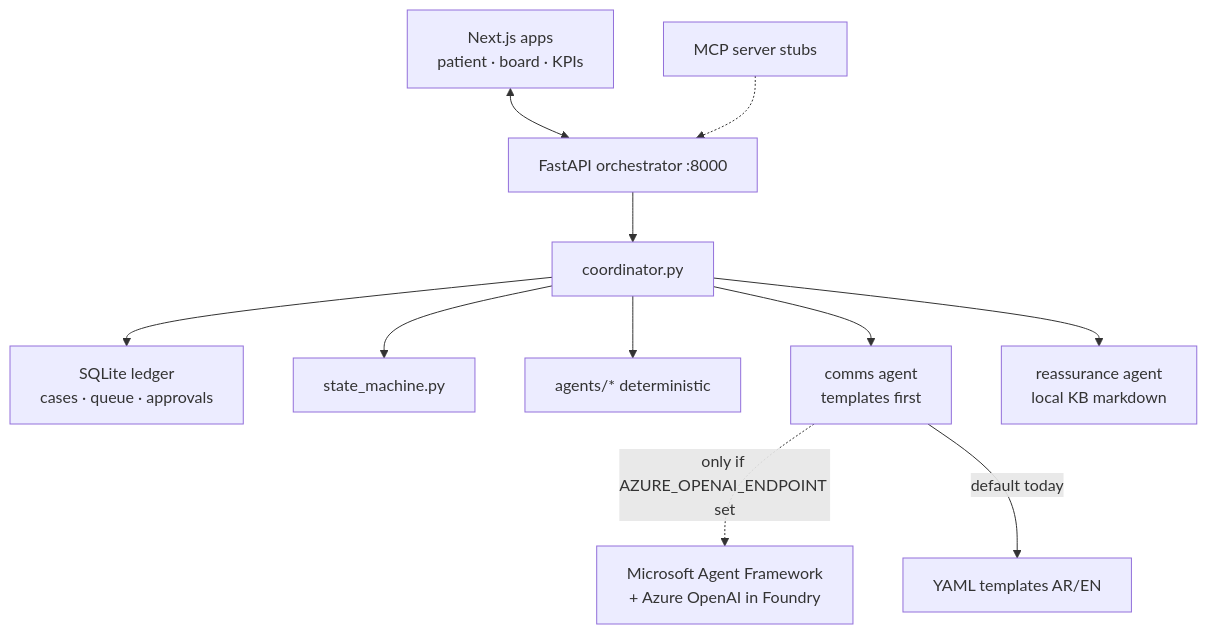
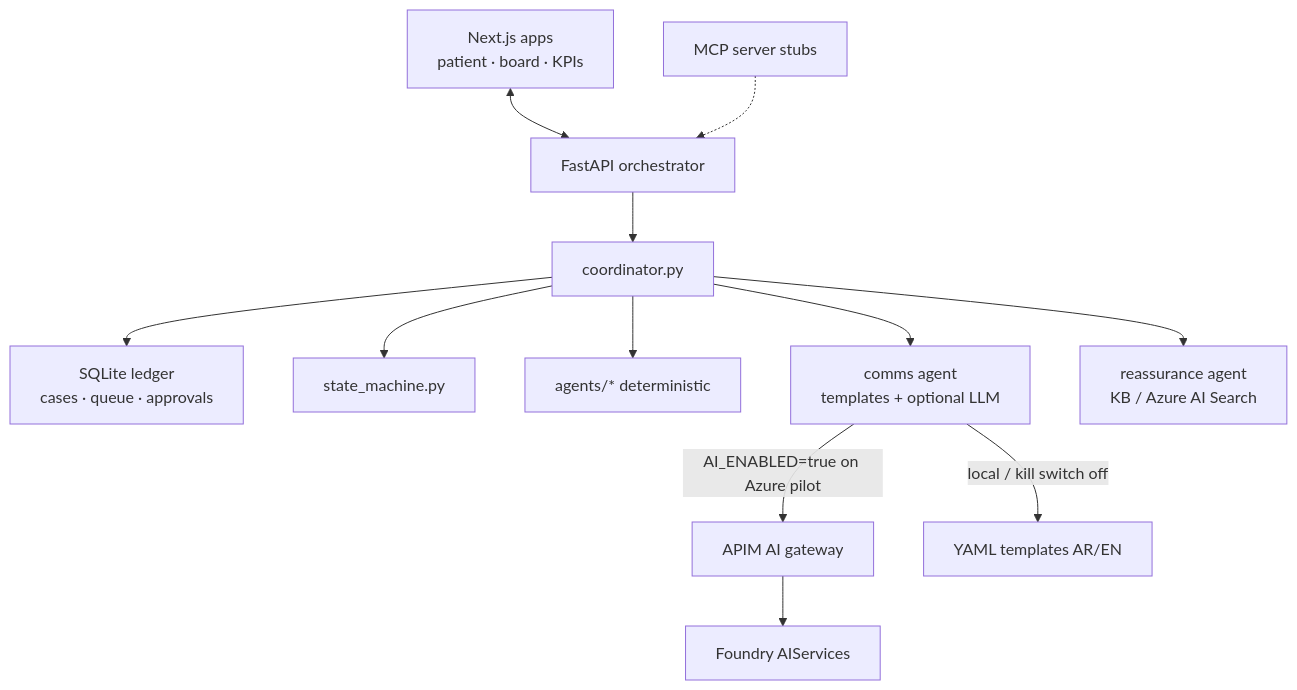
The second of 7 diagrams in docs/architecture.md (suhail39ahmed/rabt-care-loop), drawn with Mermaid before and after one commit. The commit also changed other lines of this file and 13 other files, not shown here.

First line of the commit message:
docs: refresh pilot URLs, architecture diagrams, and Azure AI docs (#167)

````diff
--- a/docs/architecture.md
+++ b/docs/architecture.md
@@ -97,23 +117,27 @@
 ```mermaid
 flowchart TB
   WEB["Next.js apps<br/>patient · board · KPIs"]
-  API["FastAPI orchestrator :8000"]
+  API["FastAPI orchestrator"]
   LED["SQLite ledger<br/>cases · queue · approvals"]
   SM["state_machine.py"]
   CO["coordinator.py"]
   DET["agents/* deterministic"]
-  COM["comms agent<br/>templates first"]
-  REA["reassurance agent<br/>local KB markdown"]
+  COM["comms agent<br/>templates + optional LLM"]
+  REA["reassurance agent<br/>KB / Azure AI Search"]
   MCP["MCP server stubs"]
+  APIM["APIM AI gateway"]
+  FOU["Foundry AIServices"]
+  TPL["YAML templates AR/EN"]
 
   WEB <--> API
   API --> CO
   CO --> SM
   CO --> LED
   CO --> DET
   CO --> COM
   CO --> REA
-  COM -.->|"only if AZURE_OPENAI_ENDPOINT set"| AF["Microsoft Agent Framework<br/>+ Azure OpenAI in Foundry"]
-  COM -->|"default today"| TPL["YAML templates AR/EN"]
+  COM -->|AI_ENABLED=true on Azure pilot| APIM
+  APIM --> FOU
+  COM -->|local / kill switch off| TPL
   MCP -.-> API
 ```
````
